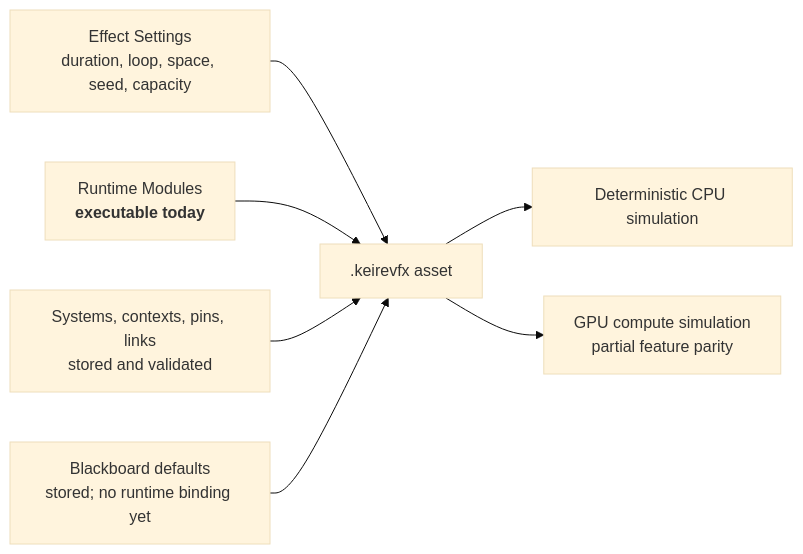
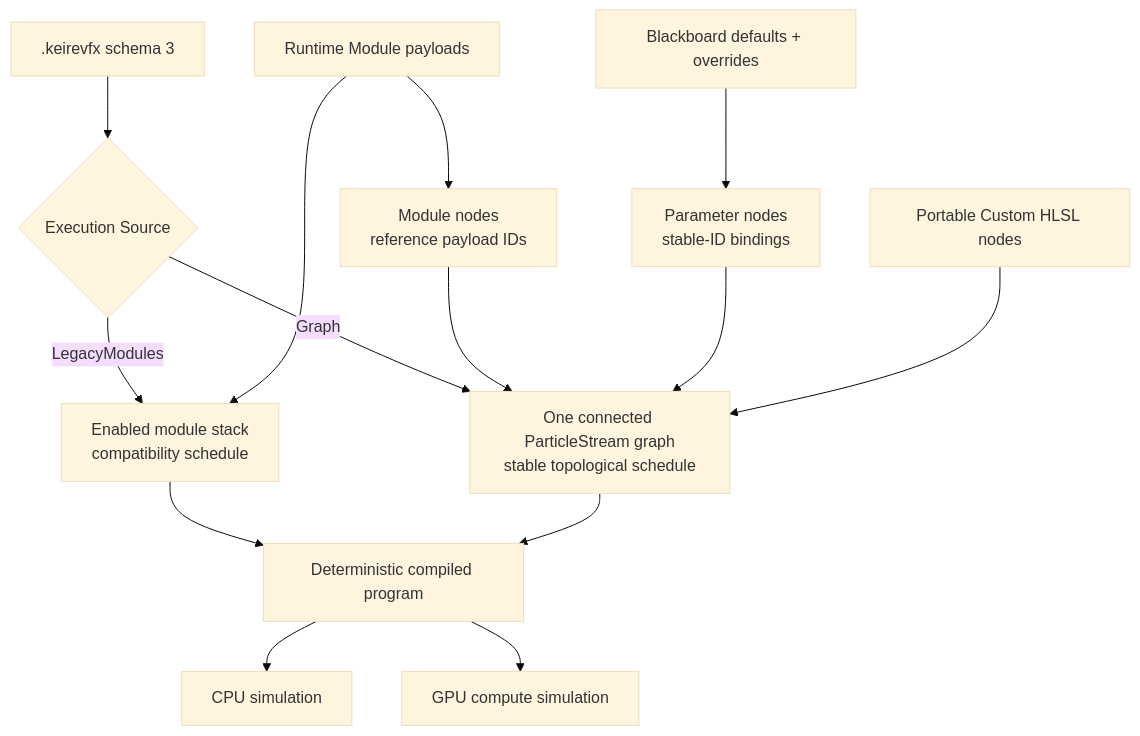
One commit to hcfgod/KeireEngine changed the first of 8 diagrams in docs/Vfx.md. Above: the diagram before and after it, drawn with Mermaid (base theme). The commit also changed other lines of this file and 35 other files, not shown here.

````diff
--- a/docs/Vfx.md
+++ b/docs/Vfx.md
@@ -22,9 +21,16 @@
 ```mermaid
-flowchart LR
-    Settings["Effect Settings<br/>duration, loop, space, seed, capacity"] --> Asset[".keirevfx asset"]
-    Modules["Runtime Modules<br/><b>executable today</b>"] --> Asset
-    Graph["Systems, contexts, pins, links<br/>stored and validated"] --> Asset
-    Blackboard["Blackboard defaults<br/>stored; no runtime binding yet"] --> Asset
-    Asset --> CPU["Deterministic CPU simulation"]
-    Asset --> GPU["GPU compute simulation<br/>partial feature parity"]
+flowchart TD
+    Asset[".keirevfx schema 3"] --> Source{"Execution Source"}
+    Source -->|"LegacyModules"| Legacy["Enabled module stack<br/>compatibility schedule"]
+    Source -->|"Graph"| Graph["One connected ParticleStream graph<br/>stable topological schedule"]
+    Payloads["Runtime Module payloads"] --> Legacy
+    Payloads --> ModuleNodes["Module nodes<br/>reference payload IDs"]
+    ModuleNodes --> Graph
+    Blackboard["Blackboard defaults + overrides"] --> ParameterNodes["Parameter nodes<br/>stable-ID bindings"]
+    ParameterNodes --> Graph
+    Custom["Portable Custom HLSL nodes"] --> Graph
+    Legacy --> Program["Deterministic compiled program"]
+    Graph --> Program
+    Program --> CPU["CPU simulation"]
+    Program --> GPU["GPU compute simulation"]
 ```
````
